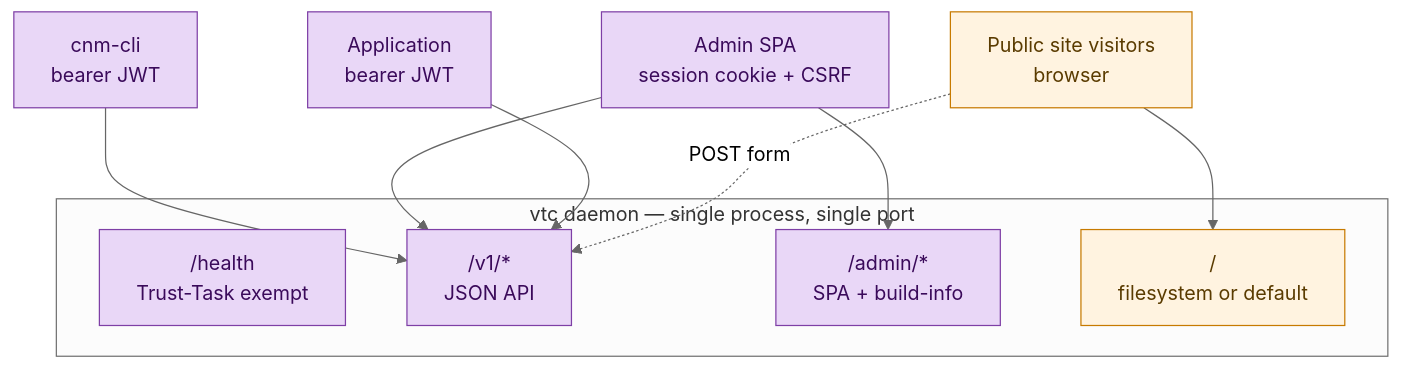
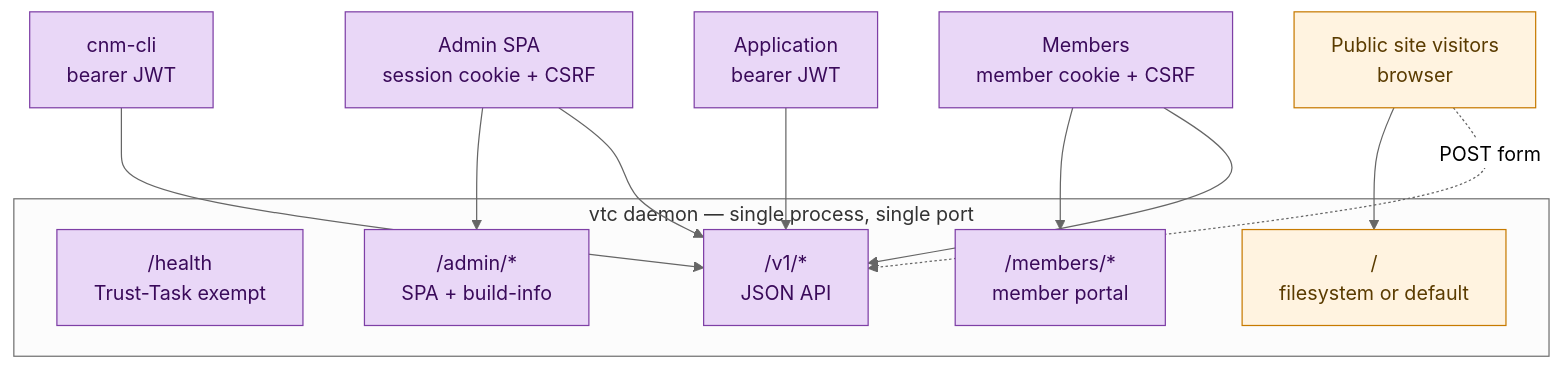
Before and after one commit to OpenVTC/verifiable-trust-infrastructure: the first of 6 diagrams in docs/03-vtc/website-and-admin.md, drawn with Mermaid (neutral theme). The commit also changed other lines of this file and 43 other files, not shown here.

````diff
--- a/docs/03-vtc/website-and-admin.md
+++ b/docs/03-vtc/website-and-admin.md
@@ -12,26 +12,30 @@
 ```mermaid
 graph TB
     subgraph DAEMON["vtc daemon — single process, single port"]
         HEALTH["/health<br/>Trust-Task exempt"]
         API["/v1/*<br/>JSON API"]
         ADMIN["/admin/*<br/>SPA + build-info"]
+        MEMBERS["/members/*<br/>member portal"]
         WEB["/<br/>filesystem or default"]
     end
 
     OPSCLI[cnm-cli<br/>bearer JWT]
     SPA[Admin SPA<br/>session cookie + CSRF]
+    MEM[Members<br/>member cookie + CSRF]
     PUB[Public site visitors<br/>browser]
     APP[Application<br/>bearer JWT]
 
     OPSCLI --> API
     SPA --> ADMIN
     SPA --> API
+    MEM --> MEMBERS
+    MEM --> API
     PUB --> WEB
     APP --> API
     PUB -. POST form .-> API
 
     classDef pub fill:#fff3e0,stroke:#c77a00,color:#5a3b00
     classDef priv fill:#e9d7f7,stroke:#7e3fa6,color:#3a0a5a
     class WEB,PUB pub
-    class API,ADMIN,SPA,OPSCLI,APP,HEALTH priv
+    class API,ADMIN,SPA,OPSCLI,APP,HEALTH,MEMBERS,MEM priv
 ```
````
